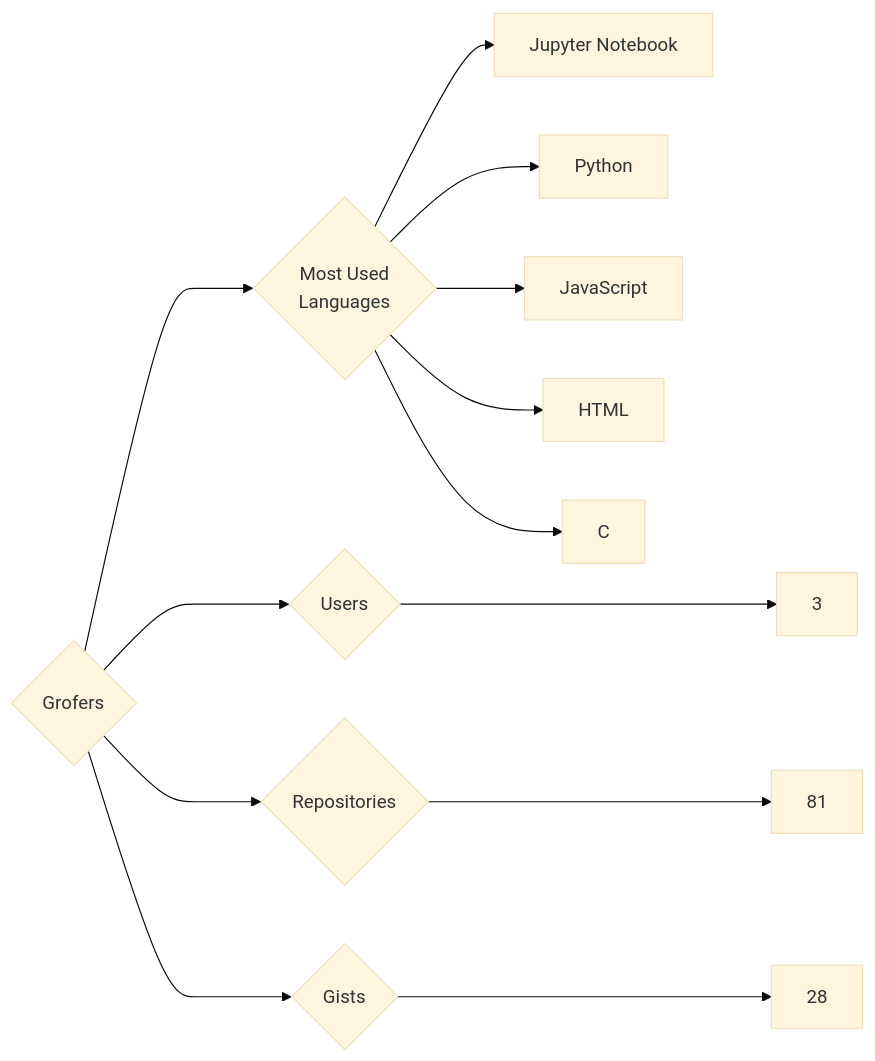
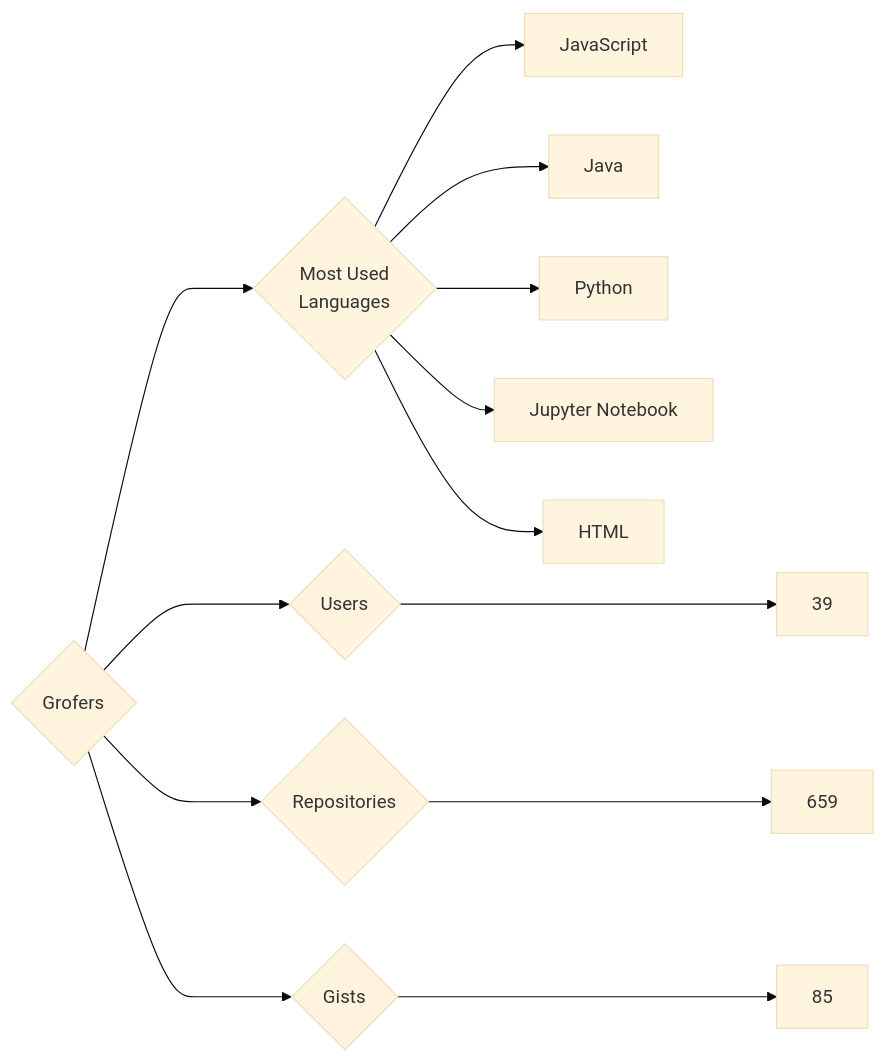
Before and after one commit to trickest/insiders: the diagram in targets/Grofers/README.md, drawn with Mermaid (base theme). The commit also changed 1238 other files, not shown here.

````diff
--- a/targets/Grofers/README.md
+++ b/targets/Grofers/README.md
@@ -3,13 +3,13 @@
 ```mermaid
 graph LR
 COMPANY_NAME{Grofers}
-COMPANY_NAME ---> U{Users} ---> UN[3]
-COMPANY_NAME ---> R{Repositories} ---> RN[81]
-COMPANY_NAME ---> G{Gists} ---> GN[28]
+COMPANY_NAME ---> U{Users} ---> UN[39]
+COMPANY_NAME ---> R{Repositories} ---> RN[659]
+COMPANY_NAME ---> G{Gists} ---> GN[85]
 COMPANY_NAME ---> ML{Most Used<br>Languages}
+ML --> JavaScript[JavaScript]
+ML --> Java[Java]
+ML --> Python[Python]
 ML --> Jupyter_Notebook[Jupyter Notebook]
-ML --> Python[Python]
-ML --> JavaScript[JavaScript]
 ML --> HTML[HTML]
-ML --> C[C]
 ```
````
